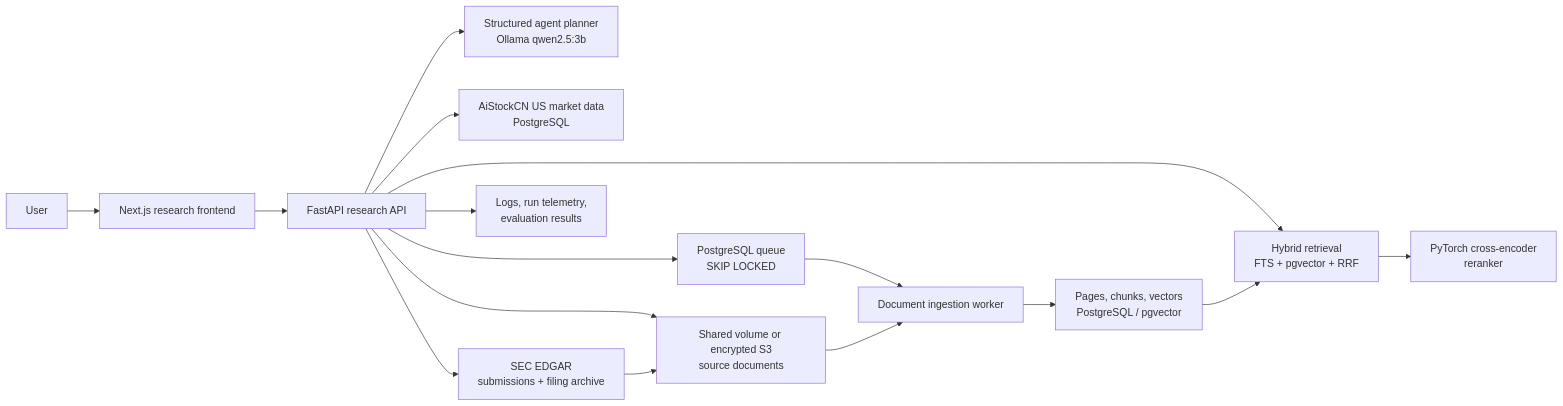
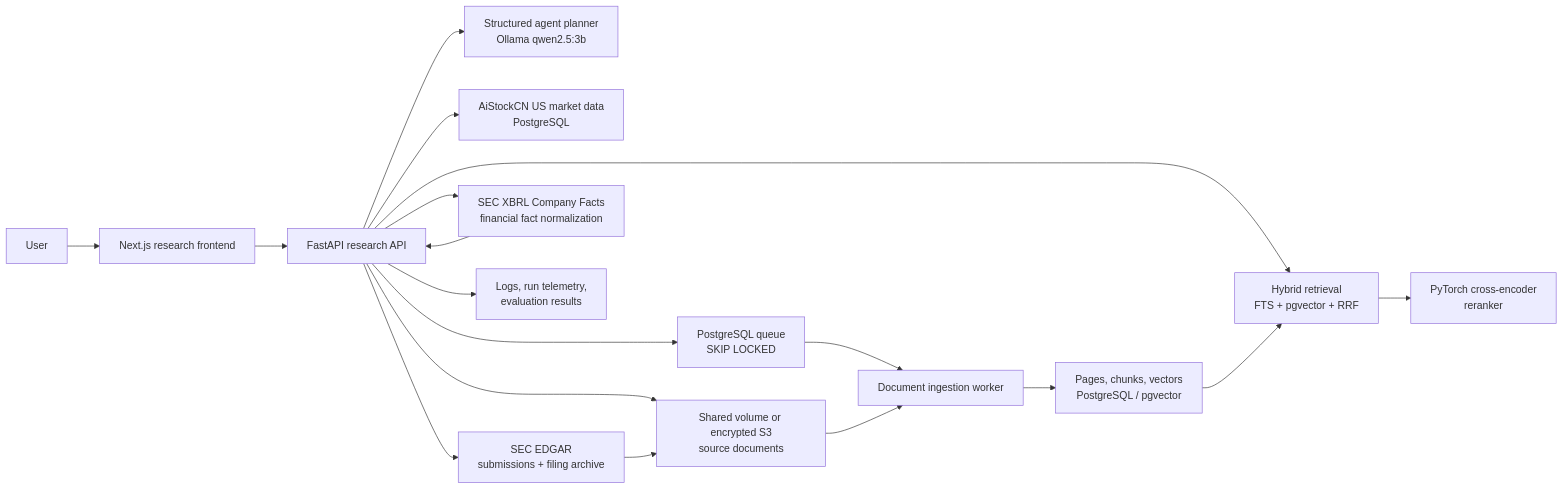
One commit to thisiscatcode/aistockcn changed the diagram in docs/RESEARCH_COPILOT.md. Above: the diagram before and after it, drawn with Mermaid. The commit also changed other lines of this file and 16 other files, not shown here.

Commit message:
Add SEC XBRL financial tools to Research Copilot

````diff
--- a/docs/RESEARCH_COPILOT.md
+++ b/docs/RESEARCH_COPILOT.md
@@ -30,18 +32,20 @@
 ```mermaid
 flowchart LR
     U["User"] --> W["Next.js research frontend"]
     W --> A["FastAPI research API"]
     A --> P["Structured agent planner\nOllama qwen2.5:3b"]
     A --> D["AiStockCN US market data\nPostgreSQL"]
     A --> E["SEC EDGAR\nsubmissions + filing archive"]
+    A --> X["SEC XBRL Company Facts\nfinancial fact normalization"]
     A --> H["Hybrid retrieval\nFTS + pgvector + RRF"]
     H --> R["PyTorch cross-encoder\nreranker"]
     A --> Q["PostgreSQL queue\nSKIP LOCKED"]
     A --> S["Shared volume or encrypted S3\nsource documents"]
     E --> S
     Q --> K["Document ingestion worker"]
     S --> K
     K --> V["Pages, chunks, vectors\nPostgreSQL / pgvector"]
     V --> H
     A --> O["Logs, run telemetry,\nevaluation results"]
+    X --> A
 ```
````
